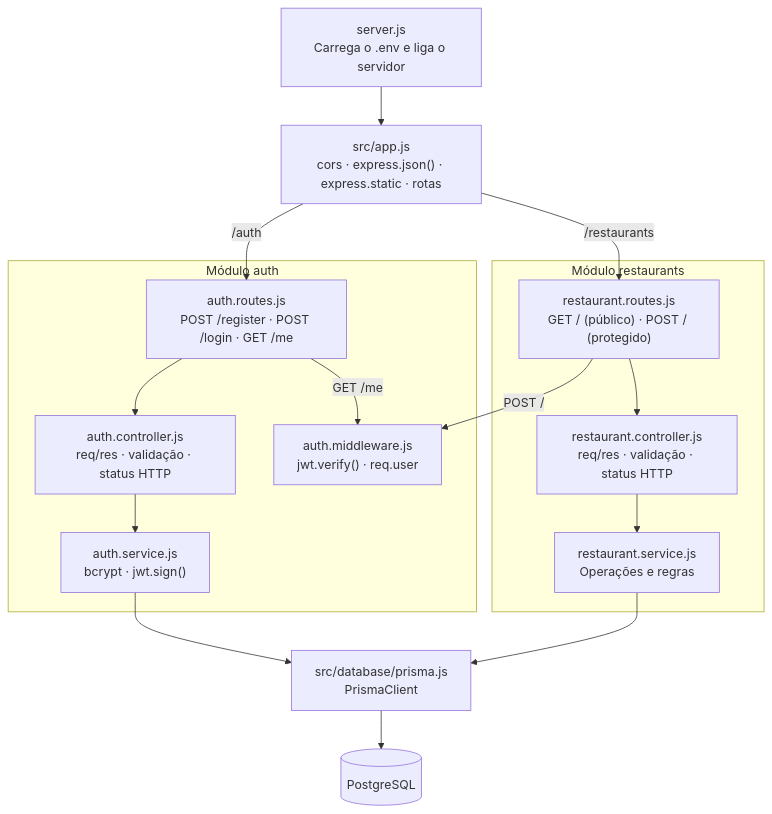
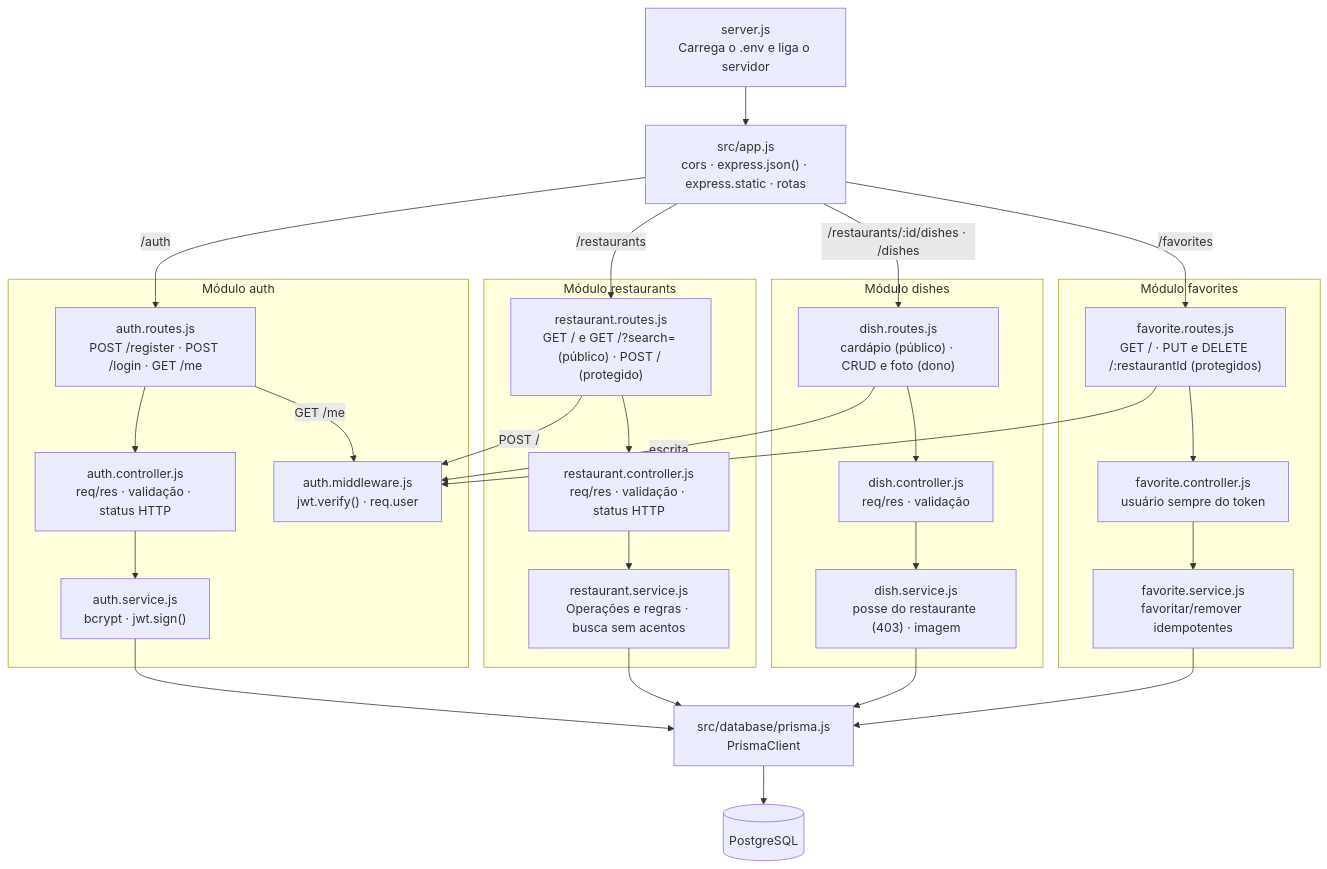
Before and after one commit to RafaellosAO10/projeto_easyfood_arquitetura_de_software: the third of 3 diagrams in docs/arquitetura/c4-model.md, drawn with Mermaid. The commit also changed other lines of this file and 10 other files, not shown here.

First line of the commit message:
Adiciona favoritos por usuário na API (/favorites)

````diff
--- a/docs/arquitetura/c4-model.md
+++ b/docs/arquitetura/c4-model.md
@@ -48,32 +48,52 @@
 ```mermaid
 flowchart TB
     server["server.js<br/>Carrega o .env e liga o servidor"]
     app["src/app.js<br/>cors · express.json() · express.static · rotas"]
 
     subgraph auth["Módulo auth"]
         authRoutes["auth.routes.js<br/>POST /register · POST /login · GET /me"]
         authController["auth.controller.js<br/>req/res · validação · status HTTP"]
         authService["auth.service.js<br/>bcrypt · jwt.sign()"]
         middleware["auth.middleware.js<br/>jwt.verify() · req.user"]
     end
 
     subgraph restaurants["Módulo restaurants"]
-        routes["restaurant.routes.js<br/>GET / (público) · POST / (protegido)"]
+        routes["restaurant.routes.js<br/>GET / e GET /?search= (público) · POST / (protegido)"]
         controller["restaurant.controller.js<br/>req/res · validação · status HTTP"]
-        service["restaurant.service.js<br/>Operações e regras"]
+        service["restaurant.service.js<br/>Operações e regras · busca sem acentos"]
+    end
+
+    subgraph dishes["Módulo dishes"]
+        dishRoutes["dish.routes.js<br/>cardápio (público) · CRUD e foto (dono)"]
+        dishController["dish.controller.js<br/>req/res · validação"]
+        dishService["dish.service.js<br/>posse do restaurante (403) · imagem"]
+    end
+
+    subgraph favorites["Módulo favorites"]
+        favRoutes["favorite.routes.js<br/>GET / · PUT e DELETE /:restaurantId (protegidos)"]
+        favController["favorite.controller.js<br/>usuário sempre do token"]
+        favService["favorite.service.js<br/>favoritar/remover idempotentes"]
     end
 
     database["src/database/prisma.js<br/>PrismaClient"]
     db[("PostgreSQL")]
 
     server --> app
     app -- "/auth" --> authRoutes
     app -- "/restaurants" --> routes
+    app -- "/restaurants/:id/dishes · /dishes" --> dishRoutes
+    app -- "/favorites" --> favRoutes
     authRoutes --> authController --> authService
     authRoutes -- "GET /me" --> middleware
     routes -- "POST /" --> middleware
     routes --> controller --> service
+    dishRoutes -- "escrita" --> middleware
+    favRoutes --> middleware
+    dishRoutes --> dishController --> dishService
+    favRoutes --> favController --> favService
     authService --> database
     service --> database
+    dishService --> database
+    favService --> database
     database --> db
 ```
````
